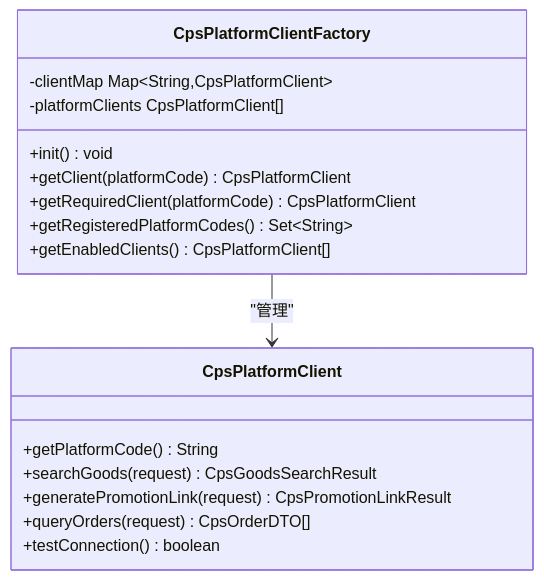
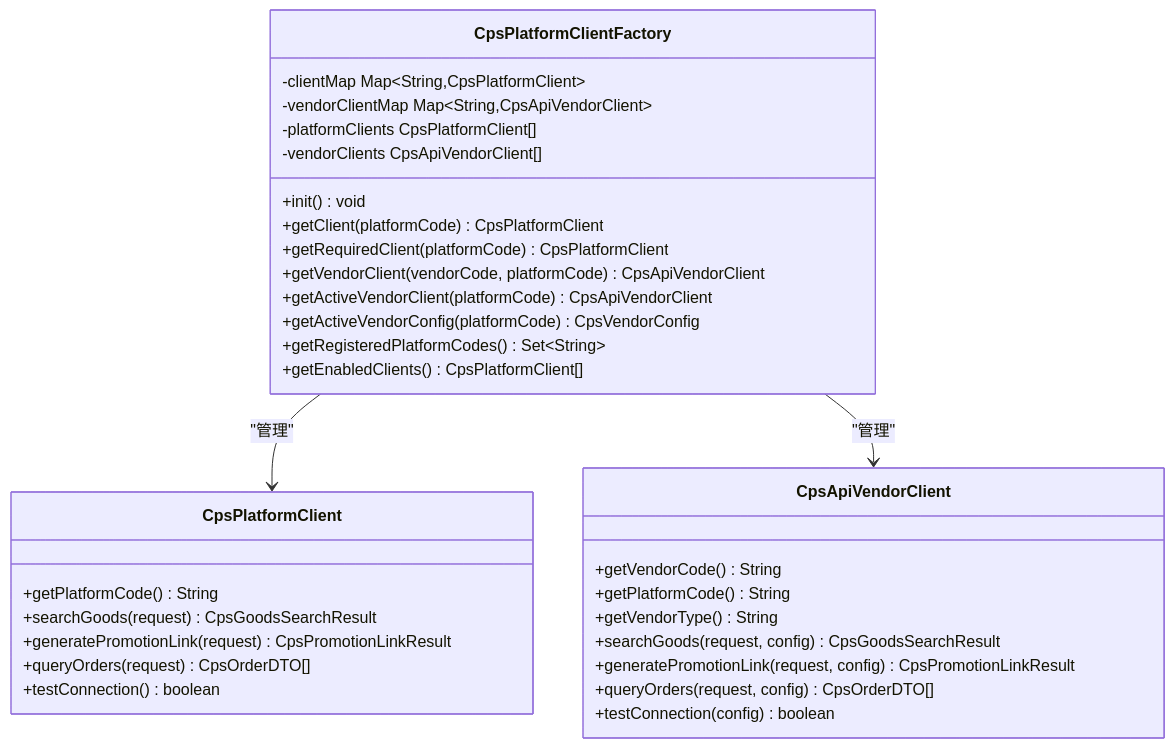
Before and after one commit to zhuangpengLI/AgenticCPS: the fourth of 13 diagrams in .qoder/repowiki/zh/content/后端服务架构/业务模块概览/CPS业务模块/平台适配器系统.md, drawn with Mermaid. The commit also changed other lines of this file and 9 other files, not shown here.

````diff
--- a/.qoder/repowiki/zh/content/后端服务架构/业务模块概览/CPS业务模块/平台适配器系统.md
+++ b/.qoder/repowiki/zh/content/后端服务架构/业务模块概览/CPS业务模块/平台适配器系统.md
@@ -309,20 +361,35 @@
 ```mermaid
 classDiagram
 class CpsPlatformClientFactory {
 -clientMap Map~String,CpsPlatformClient~
+-vendorClientMap Map~String,CpsApiVendorClient~
 -platformClients CpsPlatformClient[]
+-vendorClients CpsApiVendorClient[]
 +init() void
 +getClient(platformCode) CpsPlatformClient
 +getRequiredClient(platformCode) CpsPlatformClient
++getVendorClient(vendorCode, platformCode) CpsApiVendorClient
++getActiveVendorClient(platformCode) CpsApiVendorClient
++getActiveVendorConfig(platformCode) CpsVendorConfig
 +getRegisteredPlatformCodes() Set~String~
 +getEnabledClients() CpsPlatformClient[]
 }
 class CpsPlatformClient {
 +getPlatformCode() String
 +searchGoods(request) CpsGoodsSearchResult
 +generatePromotionLink(request) CpsPromotionLinkResult
 +queryOrders(request) CpsOrderDTO[]
 +testConnection() boolean
 }
+class CpsApiVendorClient {
++getVendorCode() String
++getPlatformCode() String
++getVendorType() String
++searchGoods(request, config) CpsGoodsSearchResult
++generatePromotionLink(request, config) CpsPromotionLinkResult
++queryOrders(request, config) CpsOrderDTO[]
++testConnection(config) boolean
+}
 CpsPlatformClientFactory --> CpsPlatformClient : "管理"
+CpsPlatformClientFactory --> CpsApiVendorClient : "管理"
 ```
````
